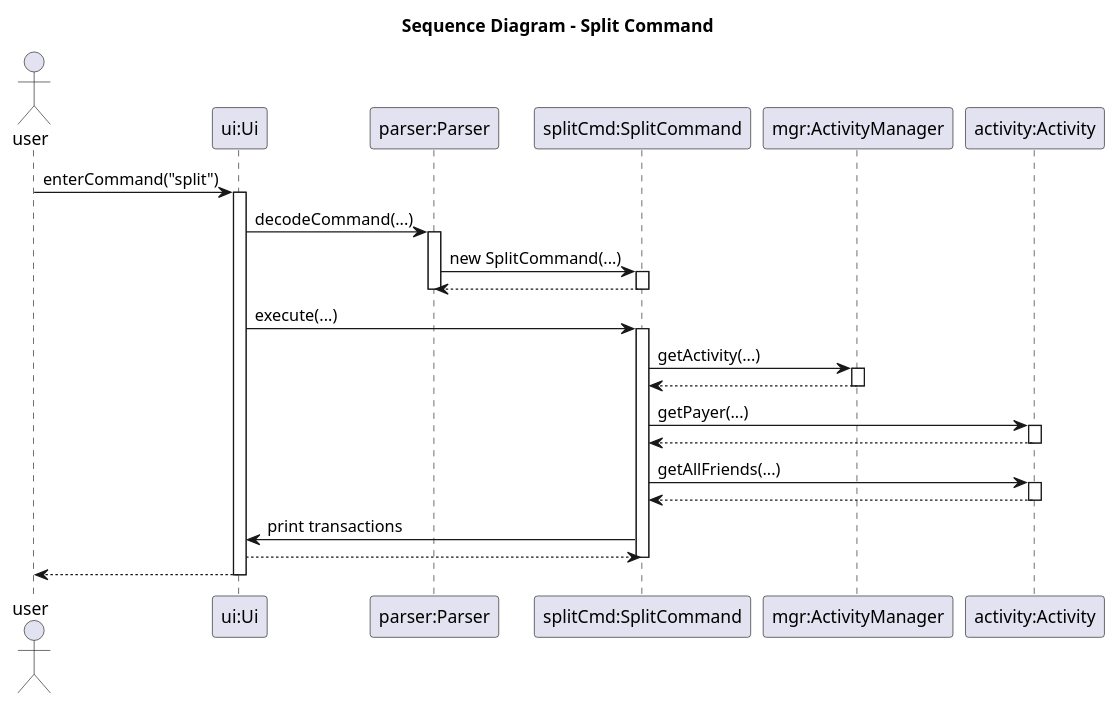
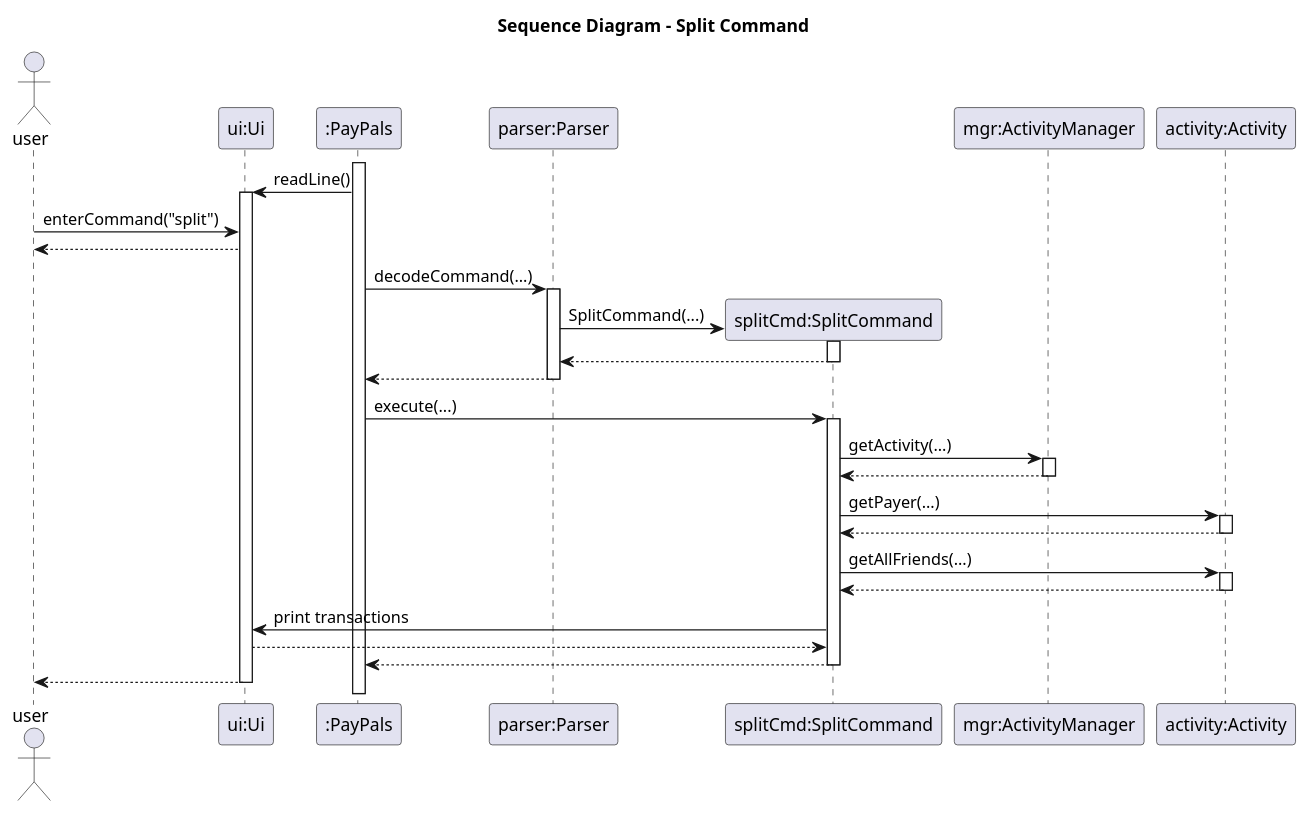
One commit to jing-yen/tp changed the diagram in docs/diagrams/SplitCmdSeq.puml. Above: the diagram before and after it, drawn with PlantUML. The commit also changed 7 other files, not shown here.

Commit message:
Edit sequence diagrams for commands

```diff
--- a/docs/diagrams/SplitCmdSeq.puml
+++ b/docs/diagrams/SplitCmdSeq.puml
@@ -1,43 +1,49 @@
 @startuml
 title Sequence Diagram - Split Command
 actor user
 
 participant "ui:Ui" as ui
+participant ":PayPals" as pp
 participant "parser:Parser" as parser
 participant "splitCmd:SplitCommand" as splitCmd
 participant "mgr:ActivityManager" as mgr
 participant "activity:Activity" as activity
 
+activate pp
+pp -> ui : readLine()
+activate ui
 user -> ui : enterCommand("split")
-activate ui
-ui -> parser : decodeCommand(...)
+ui --> user
+pp -> parser : decodeCommand(...)
 activate parser
-parser -> splitCmd : new SplitCommand(...)
+parser -> splitCmd **: SplitCommand(...)
 activate splitCmd
 splitCmd --> parser :
 deactivate splitCmd
+parser --> pp
 deactivate parser
 
-ui -> splitCmd : execute(...)
+pp -> splitCmd : execute(...)
 activate splitCmd
 splitCmd -> mgr : getActivity(...)
 activate mgr
 mgr --> splitCmd :
 deactivate mgr
 
 splitCmd -> activity : getPayer(...)
 activate activity
 activity --> splitCmd :
 deactivate activity
 
 splitCmd -> activity : getAllFriends(...)
 activate activity
 activity --> splitCmd :
 deactivate activity
 
 splitCmd -> ui : print transactions
 ui --> splitCmd :
+splitCmd --> pp
 deactivate splitCmd
 ui --> user :
 deactivate ui
 @enduml
```
